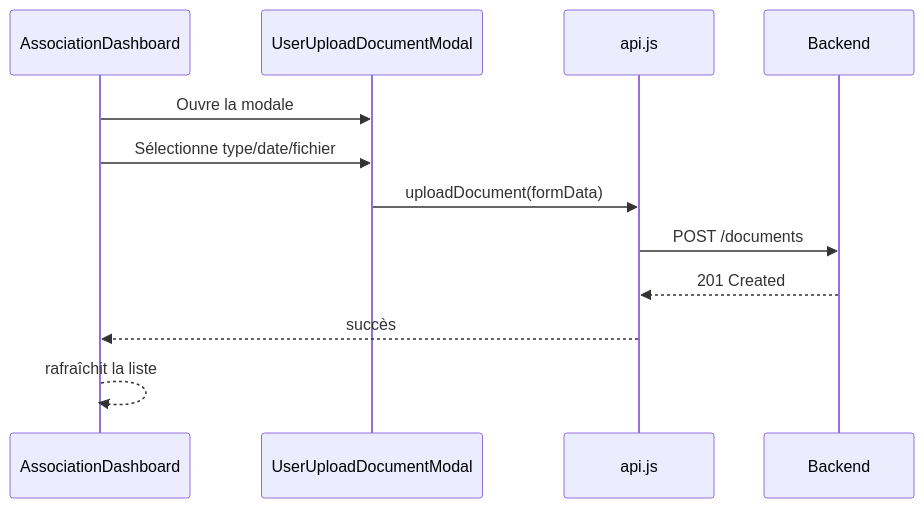
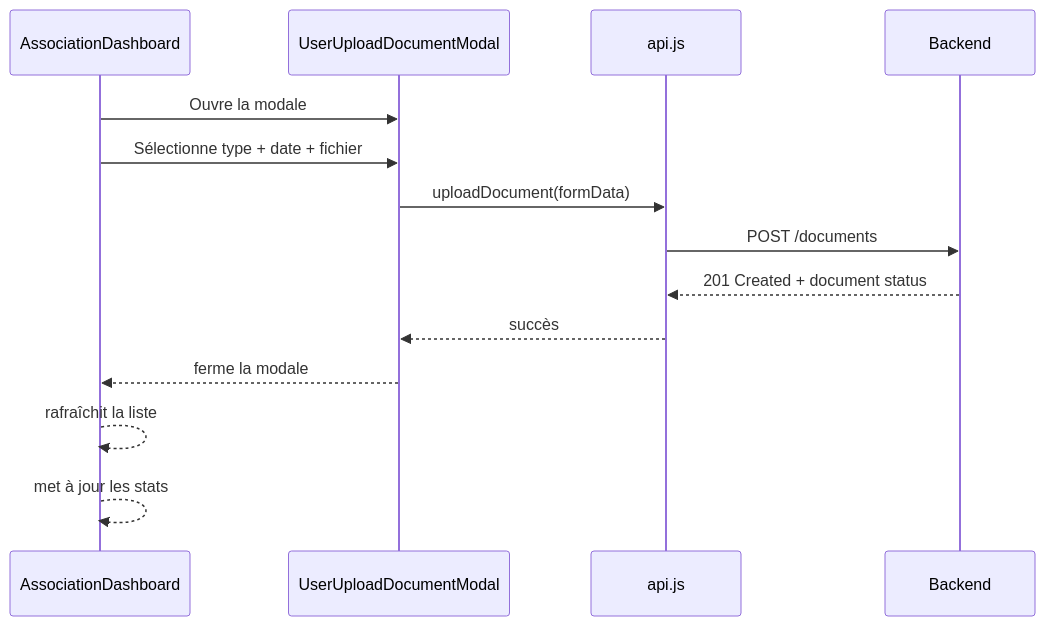
The third of 3 diagrams in ARCHITECTURE_FRONTEND.md (fDefives/Projet_M2_Gestion_de_vie_associative), drawn with Mermaid before and after one commit. The commit also changed other lines of this file, not shown here.

Commit message:
refactor: update project architecture documentation and remove Mermaid diagrams

````diff
--- a/ARCHITECTURE_FRONTEND.md
+++ b/ARCHITECTURE_FRONTEND.md
@@ -304,15 +233,17 @@
 ```mermaid
 sequenceDiagram
    participant User as AssociationDashboard
    participant Modal as UserUploadDocumentModal
    participant API as api.js
    participant B as Backend
 
    User->>Modal: Ouvre la modale
-   User->>Modal: Sélectionne type/date/fichier
+   User->>Modal: Sélectionne type + date + fichier
    Modal->>API: uploadDocument(formData)
    API->>B: POST /documents
-   B-->>API: 201 Created
-   API-->>User: succès
+   B-->>API: 201 Created + document status
+   API-->>Modal: succès
+   Modal-->>User: ferme la modale
    User-->>User: rafraîchit la liste
+   User-->>User: met à jour les stats
 ```
````
